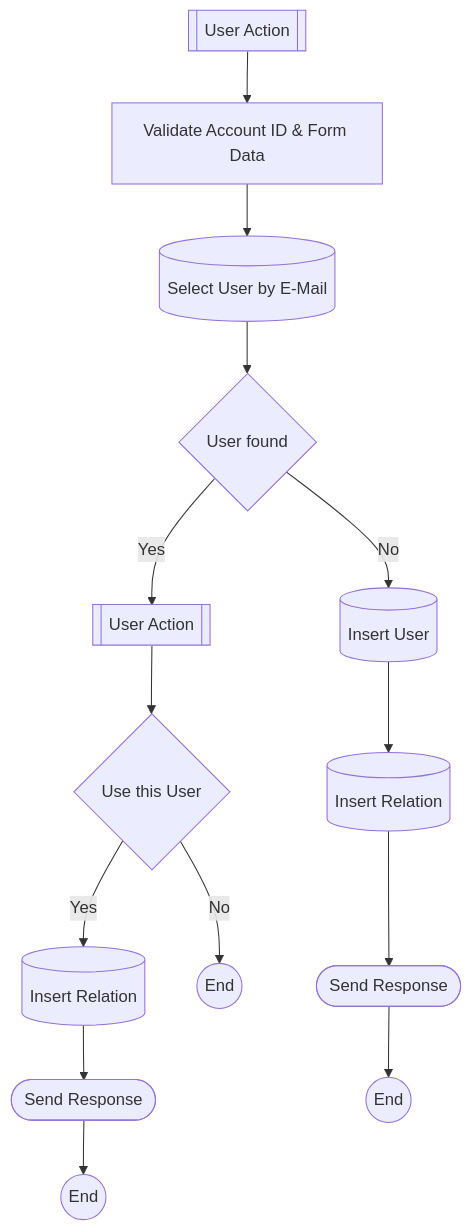
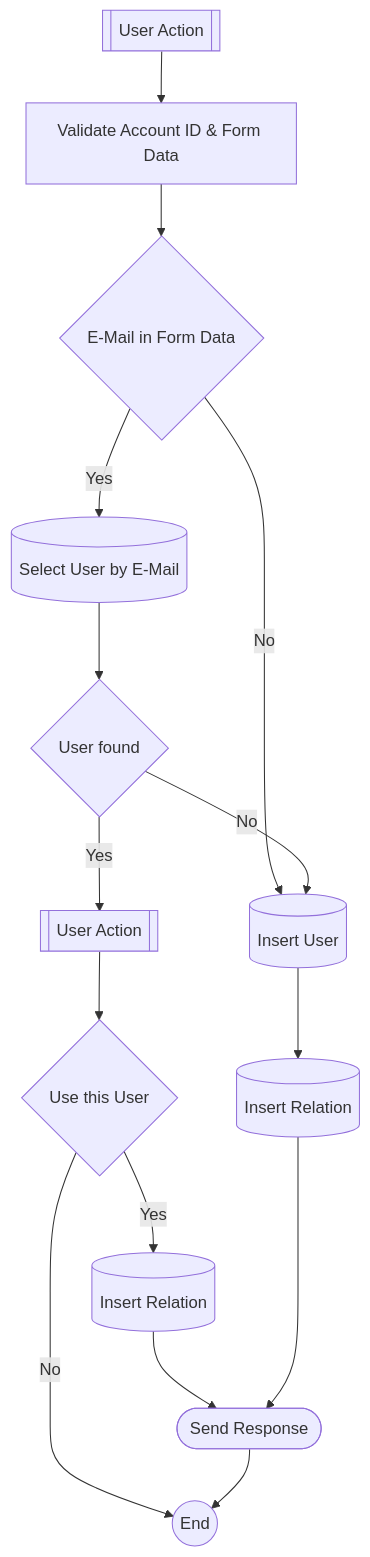
Before and after one commit to loiicd/member-management-app: the diagram in docs/flows.md, drawn with Mermaid.

````diff
--- a/docs/flows.md
+++ b/docs/flows.md
@@ -5,16 +5,17 @@
 ```mermaid
 graph TB;
 	id1[[User Action]] --> id2[Validate Account ID & Form Data]
-	id2 --> id5[(Select User by E-Mail)]
+	id2 --> id17
+	id17{E-Mail in Form Data} -- Yes --> id5[(Select User by E-Mail)]
+	id17 -- No --> id7
 	id5 --> id6{User found}
 	id6 -- Yes --> id8[[User Action]]
 	id8 --> id10{Use this User}
 	id10 -- Yes --> id11[(Insert Relation)]
 	id11 --> id13([Send Response])
 	id10 -- No --> id12((End))
 	id6 -- No --> id7[(Insert User)]
 	id7 --> id9[(Insert Relation)]
-	id9 --> id14([Send Response])
-	id14 --> id15((End))
-	id13 --> id16((End))
+	id9 --> id13
+	id13 --> id12
 ```
````
